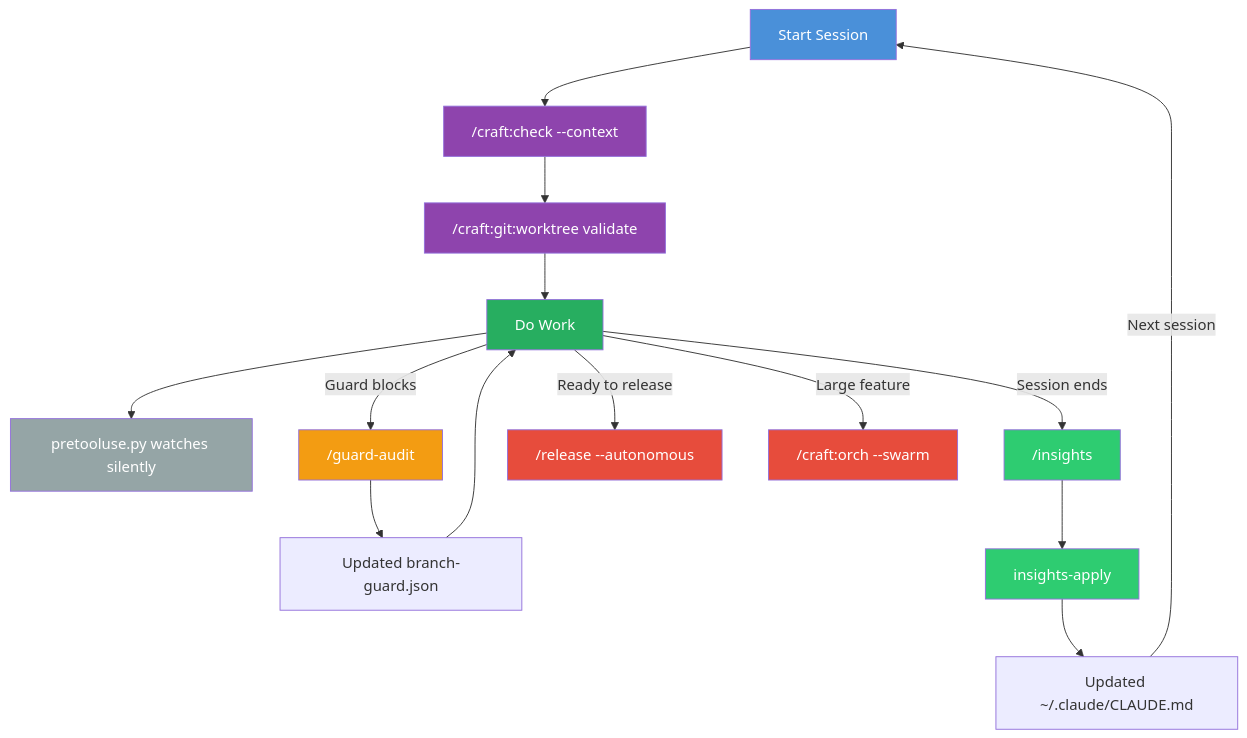
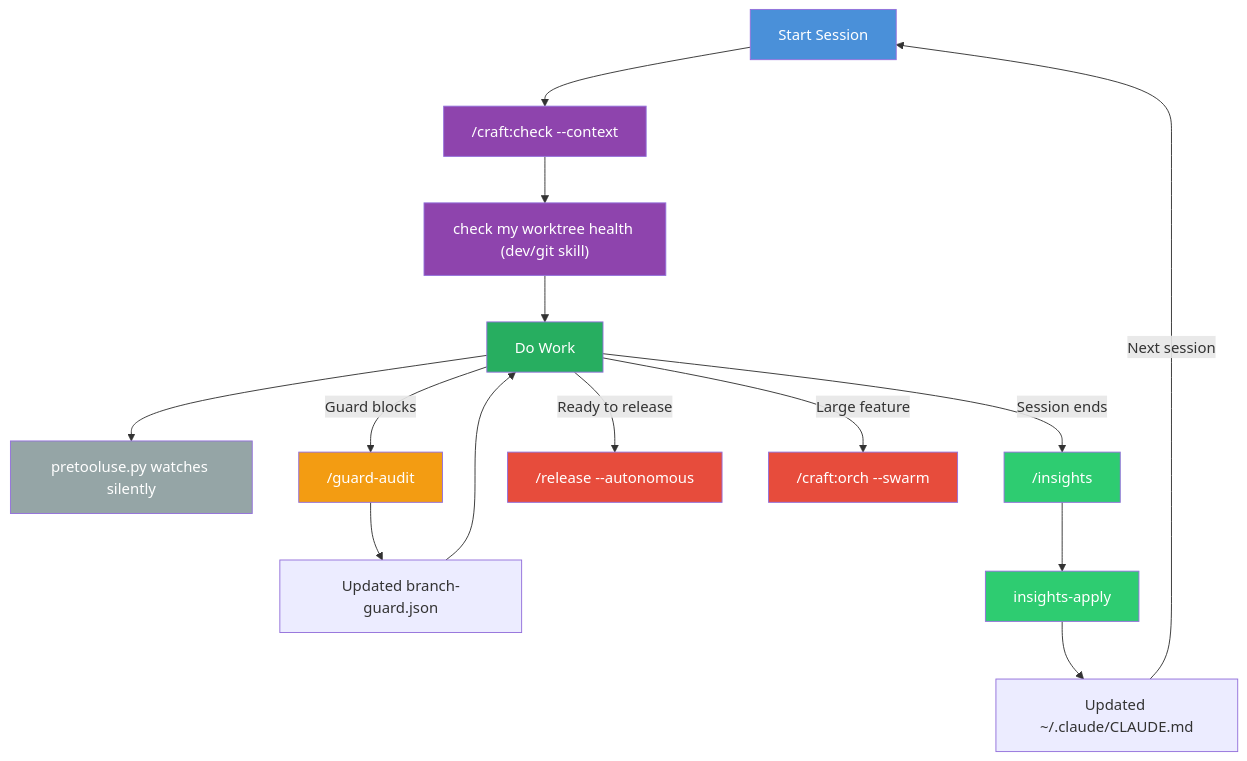
One commit to Data-Wise/craft changed the second of 2 diagrams in docs/tutorials/TUTORIAL-insights-workflow.md. Above: the diagram before and after it, drawn with Mermaid. The commit also changed other lines of this file and 37 other files, not shown here.

First line of the commit message:
docs: fix stale /craft:git:* references across live docs and skills

````diff
--- a/docs/tutorials/TUTORIAL-insights-workflow.md
+++ b/docs/tutorials/TUTORIAL-insights-workflow.md
@@ -409,31 +411,31 @@
 ```mermaid
 flowchart TD
     Session["Start Session"] --> Context["/craft:check --context"]
-    Context --> Validate["/craft:git:worktree validate"]
+    Context --> Validate["check my worktree health (dev/git skill)"]
 
     Validate --> Work["Do Work"]
     Work --> Hook["pretooluse.py watches silently"]
 
     Work -->|Guard blocks| Audit["/guard-audit"]
     Audit --> Config["Updated branch-guard.json"]
     Config --> Work
 
     Work -->|Session ends| Insights["/insights"]
     Insights --> Apply["insights-apply"]
     Apply --> CLAUDE["Updated ~/.claude/CLAUDE.md"]
     CLAUDE -->|Next session| Session
 
     Work -->|Ready to release| Release["/release --autonomous"]
     Work -->|Large feature| Swarm["/craft:orch --swarm"]
 
     style Session fill:#4A90D9,color:#fff
     style Context fill:#8E44AD,color:#fff
     style Validate fill:#8E44AD,color:#fff
     style Work fill:#27AE60,color:#fff
     style Hook fill:#95A5A6,color:#fff
     style Audit fill:#F39C12,color:#fff
     style Insights fill:#2ECC71,color:#fff
     style Apply fill:#2ECC71,color:#fff
     style Release fill:#E74C3C,color:#fff
     style Swarm fill:#E74C3C,color:#fff
 ```
````
